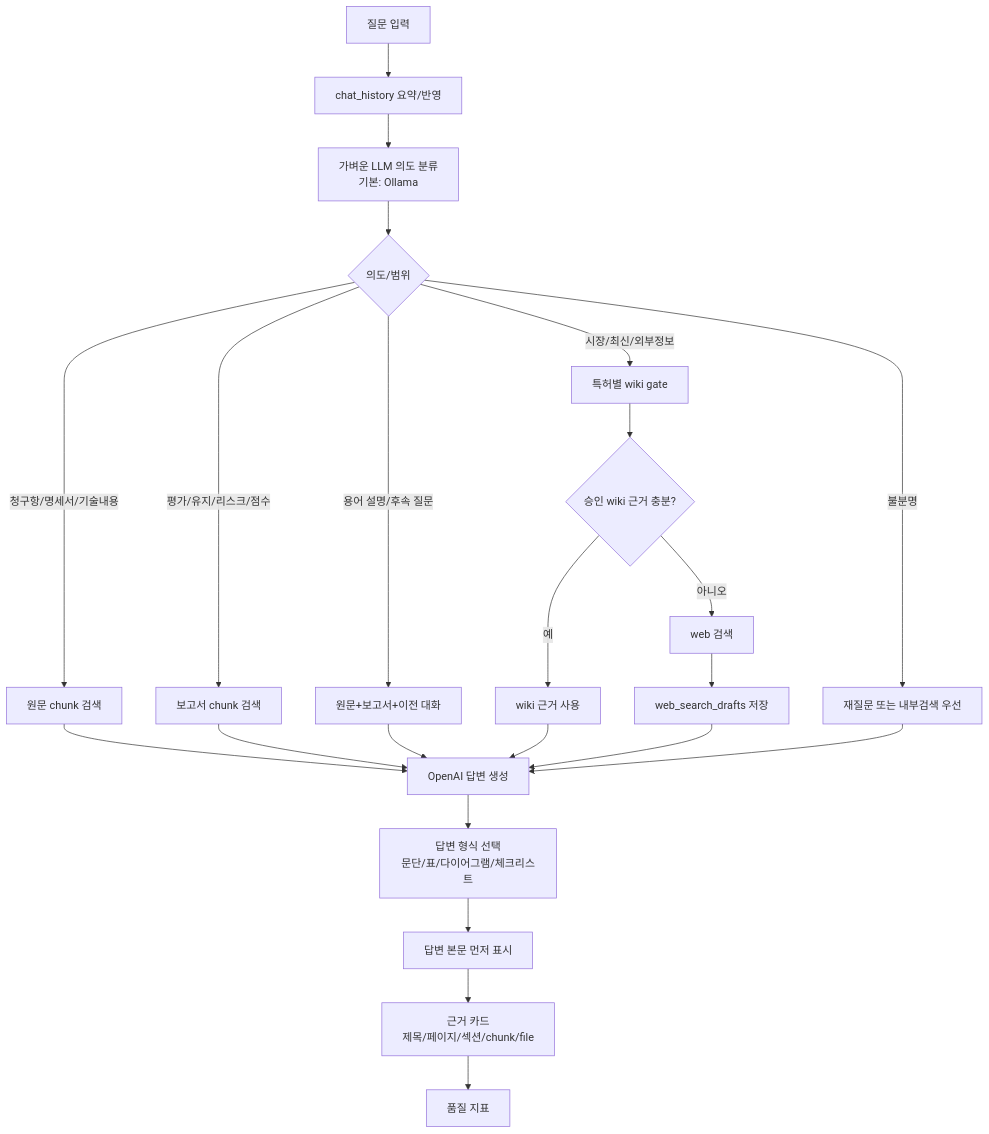
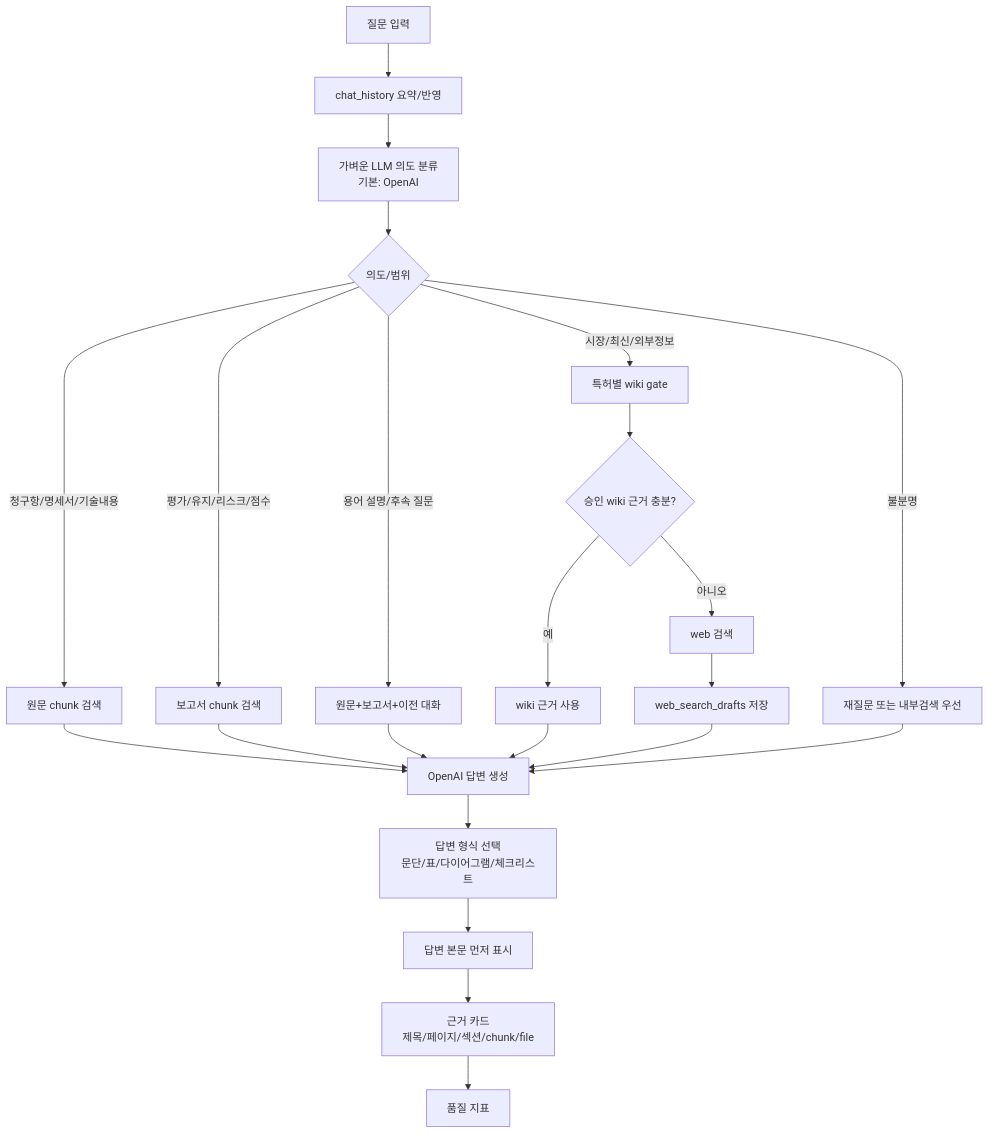
One commit to skipers/skipa-ai-server changed the second of 4 diagrams in chatbot/docs/CHATBOT_ARCHITECTURE_AND_USAGE.md. Above: the diagram before and after it, drawn with Mermaid. The commit also changed 57 other files, not shown here.

````diff
--- a/chatbot/docs/CHATBOT_ARCHITECTURE_AND_USAGE.md
+++ b/chatbot/docs/CHATBOT_ARCHITECTURE_AND_USAGE.md
@@ -124,27 +124,27 @@
 ```mermaid
 flowchart TD
   Q[질문 입력] --> H[chat_history 요약/반영]
-  H --> I[가벼운 LLM 의도 분류<br/>기본: Ollama]
+  H --> I[가벼운 LLM 의도 분류<br/>기본: OpenAI]
   I --> C{의도/범위}
   C -->|청구항/명세서/기술내용| CORE[원문 chunk 검색]
   C -->|평가/유지/리스크/점수| REPORT[보고서 chunk 검색]
   C -->|용어 설명/후속 질문| MIX[원문+보고서+이전 대화]
   C -->|시장/최신/외부정보| WIKI[특허별 wiki gate]
   C -->|불분명| CLARIFY[재질문 또는 내부검색 우선]
 
   WIKI --> WS{승인 wiki 근거 충분?}
   WS -->|예| WANS[wiki 근거 사용]
   WS -->|아니오| WEB[web 검색]
   WEB --> DRAFT[web_search_drafts 저장]
 
   CORE --> GEN[OpenAI 답변 생성]
   REPORT --> GEN
   MIX --> GEN
   WANS --> GEN
   DRAFT --> GEN
   CLARIFY --> GEN
   GEN --> FORMAT[답변 형식 선택<br/>문단/표/다이어그램/체크리스트]
   FORMAT --> OUT[답변 본문 먼저 표시]
   OUT --> SRC[근거 카드<br/>제목/페이지/섹션/chunk/file]
   SRC --> SCORE[품질 지표]
 ```
````
